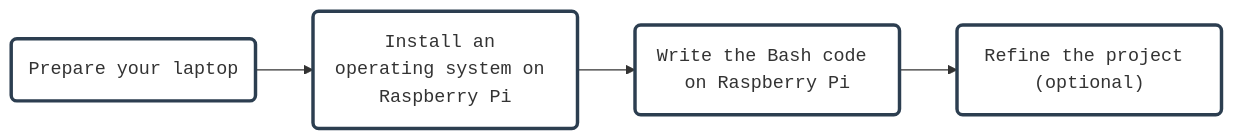
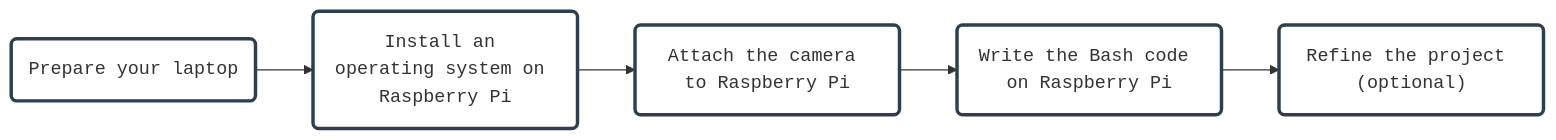
The diagram in _includes/mermaid_security_cam_flowchart.md (AninditaBasu/pi-projects), drawn with Mermaid before and after one commit. The commit also changed 7 other files, not shown here.

```diff
--- a/_includes/mermaid_security_cam_flowchart.md
+++ b/_includes/mermaid_security_cam_flowchart.md
@@ -1,12 +1,15 @@
 <div class="mermaid">
 flowchart LR
     A(Prepare your laptop) --> B(Install an operating system on Raspberry Pi)
-    B --> C(Write the Bash code on Raspberry Pi)
-    C --> D("Refine the project (optional)")
+    B --> C(Attach the camera to Raspberry Pi)
+	C --> D(Write the Bash code on Raspberry Pi)
+    D --> E("Refine the project (optional)")
 	
 	click A "https://aninditabasu.github.io/pi-projects/topics/set_up_laptop.html"
 	click B "https://aninditabasu.github.io/pi-projects/topics/pi_zero_install_os.html"
+	click D "https://aninditabasu.github.io/pi-projects/topics/bash_security_camera.html"
+	click E "https://aninditabasu.github.io/pi-projects/topics/security_camera_refine.html"
 	
 	classDef boxstyle fill:white,stroke:#2c3e50,stroke-width:3px,font-family: monospace;
-    class A,B,C,D boxstyle;
+    class A,B,C,D,E boxstyle;
 </div>
```
